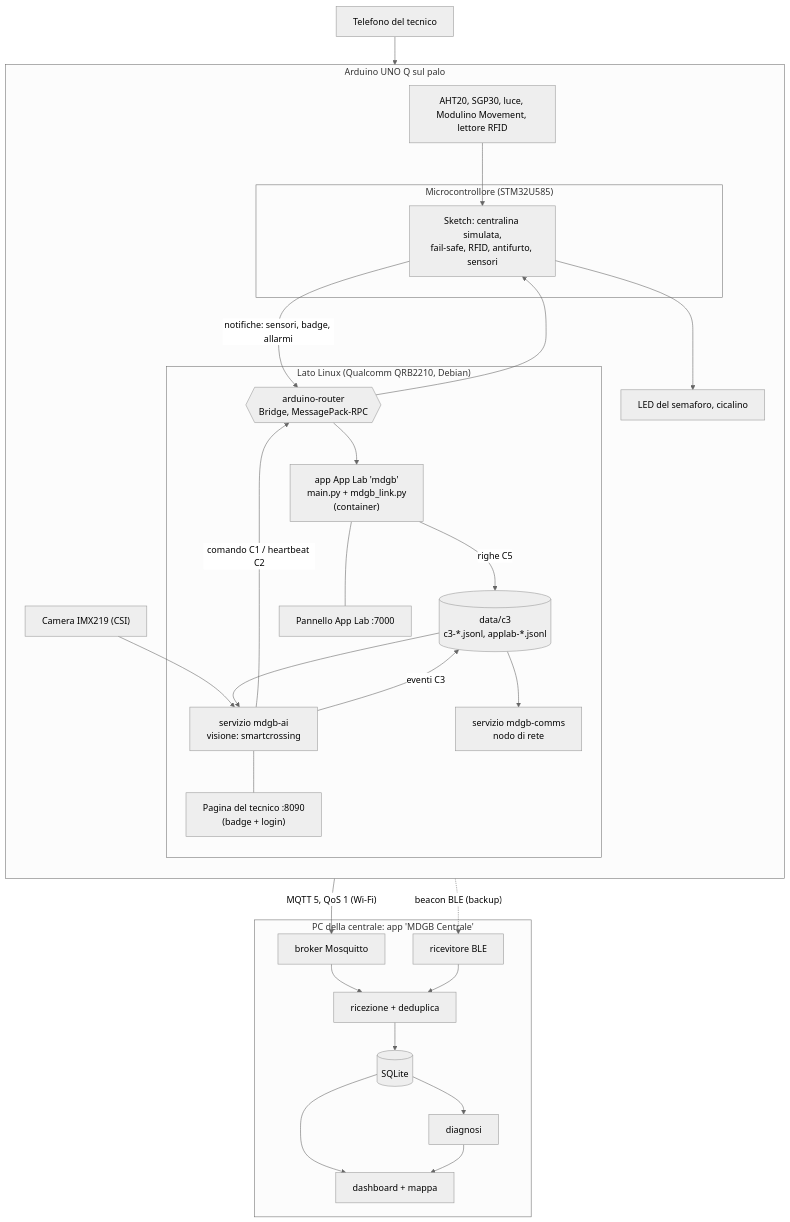
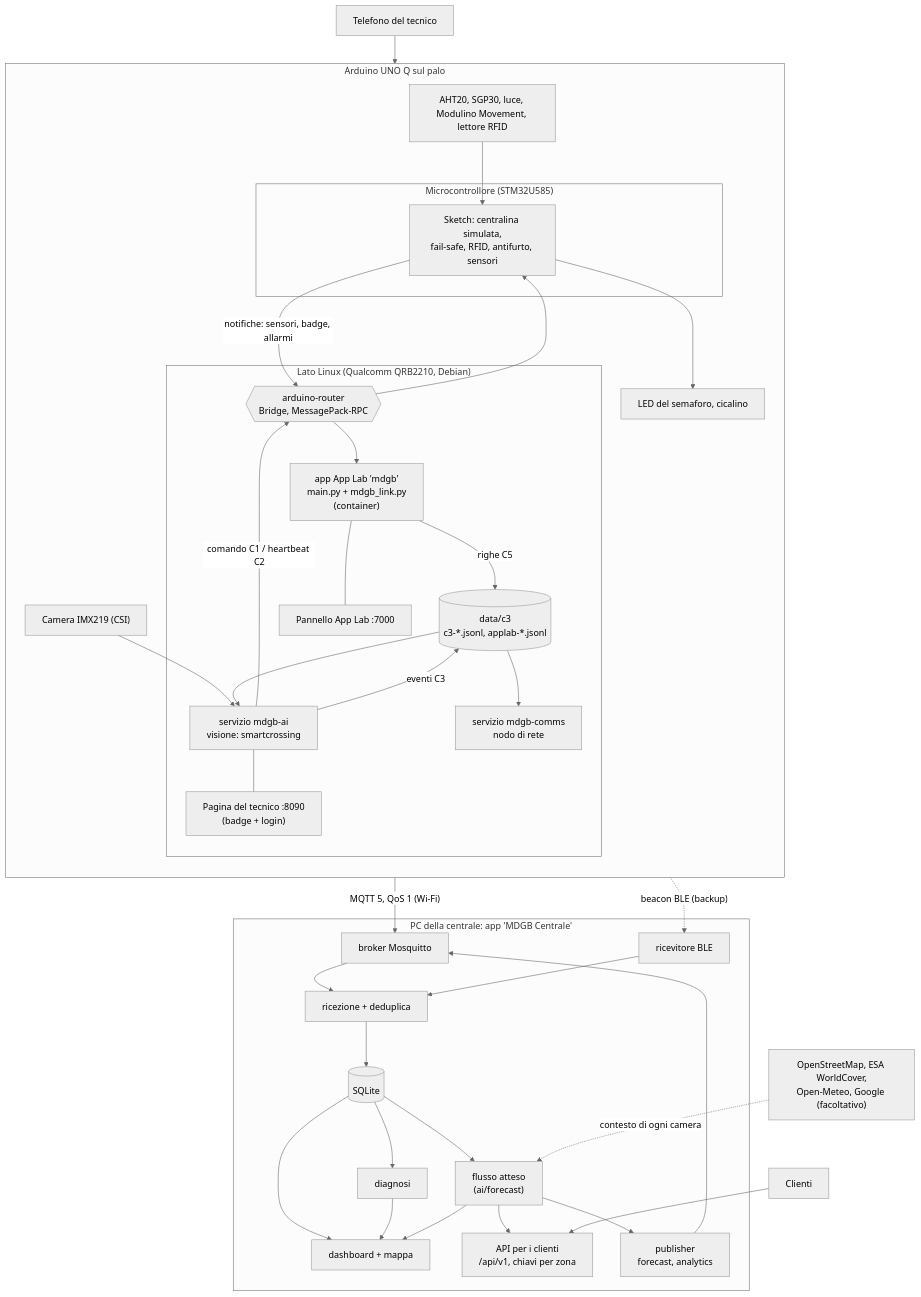
Before and after one commit to Paolo410/HackTurin-mdgb: the third of 17 diagrams in docs/MDGB_DOCUMENTAZIONE.md, drawn with Mermaid (neutral theme). The commit also changed other lines of this file and 1 other file, not shown here.

First line of the commit message:
docs: flusso atteso e API per i clienti nella documentazione di riferimento

````diff
--- a/docs/MDGB_DOCUMENTAZIONE.md
+++ b/docs/MDGB_DOCUMENTAZIONE.md
@@ -176,42 +179,49 @@
 ```mermaid
 flowchart TB
     subgraph BOARD["Arduino UNO Q sul palo"]
         direction TB
         subgraph LINUX["Lato Linux (Qualcomm QRB2210, Debian)"]
             VISION["servizio mdgb-ai<br/>visione: smartcrossing"]
             NODE["servizio mdgb-comms<br/>nodo di rete"]
             APPLAB["app App Lab 'mdgb'<br/>main.py + mdgb_link.py<br/>(container)"]
             PAGE8090["Pagina del tecnico :8090<br/>(badge + login)"]
             PANEL7000["Pannello App Lab :7000"]
             FILES[("data/c3<br/>c3-*.jsonl, applab-*.jsonl")]
             ROUTER{{"arduino-router<br/>Bridge, MessagePack-RPC"}}
         end
         subgraph MCU["Microcontrollore (STM32U585)"]
             SKETCH["Sketch: centralina simulata,<br/>fail-safe, RFID, antifurto, sensori"]
         end
         CAMERA["Camera IMX219 (CSI)"] --> VISION
         VISION -- "comando C1 / heartbeat C2" --> ROUTER
         ROUTER --> SKETCH
         SKETCH -- "notifiche: sensori, badge, allarmi" --> ROUTER
         ROUTER --> APPLAB
         APPLAB -- "righe C5" --> FILES
         VISION -- "eventi C3" --> FILES
         FILES --> NODE
         FILES --> VISION
         VISION --- PAGE8090
         APPLAB --- PANEL7000
         SKETCH --> LEDS["LED del semaforo, cicalino"]
         SENSORS["AHT20, SGP30, luce, Modulino Movement, lettore RFID"] --> SKETCH
     end
     NODE -- "MQTT 5, QoS 1 (Wi-Fi)" --> BROKER
     NODE -. "beacon BLE (backup)" .-> BLE
     subgraph CENTRAL["PC della centrale: app 'MDGB Centrale'"]
         BROKER["broker Mosquitto"] --> INGEST["ricezione + deduplica"]
         BLE["ricevitore BLE"] --> INGEST
         INGEST --> DB[("SQLite")]
         DB --> DIAG["diagnosi"]
         DB --> DASH["dashboard + mappa"]
         DIAG --> DASH
+        DB --> FLOW["flusso atteso<br/>(ai/forecast)"]
+        FLOW --> DASH
+        FLOW --> API["API per i clienti<br/>/api/v1, chiavi per zona"]
+        FLOW --> PUB["publisher<br/>forecast, analytics"]
+        PUB --> BROKER
     end
     PHONE["Telefono del tecnico"] --> PAGE8090
+    OPEN["OpenStreetMap, ESA WorldCover,<br/>Open-Meteo, Google (facoltativo)"] -. "contesto di ogni camera" .-> FLOW
+    CUSTOMER["Clienti"] --> API
 ```
````
